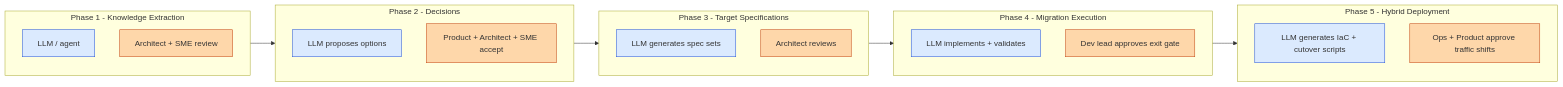
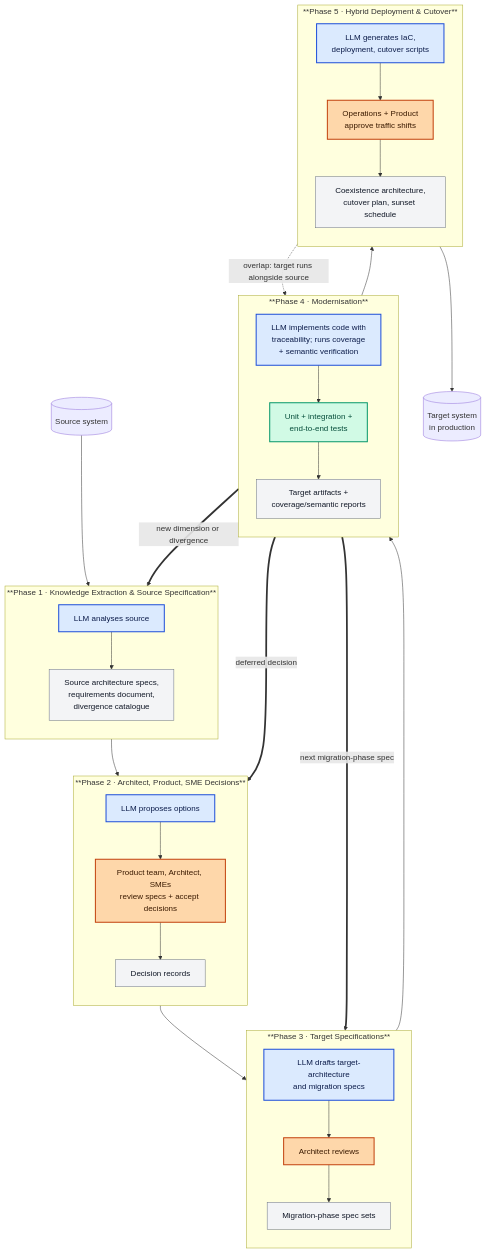
Before and after one commit to rd162/OSS_Migration: the first of 5 diagrams in docs/ai-assisted-migration-architecture.md, drawn with Mermaid. The commit also changed other lines of this file and 1 other file, not shown here.

First line of the commit message:
``` Draft ai-assisted-migration-architecture.md v0.9

````diff
--- a/docs/ai-assisted-migration-architecture.md
+++ b/docs/ai-assisted-migration-architecture.md
@@ -1539,26 +1571,53 @@
 ```mermaid
-flowchart LR
-    subgraph P1 [Phase 1 - Knowledge Extraction]
-      A1[LLM / agent]:::ai
-      B1[Architect + SME review]:::human
+---
+config:
+  flowchart:
+    htmlLabels: true
+---
+flowchart TB
+    Src[(Source system)]
+
+    subgraph P1 ["**Phase 1 · Knowledge Extraction & Source Specification**"]
+      direction TB
+      L1[LLM analyses source]:::ai --> O1[Source architecture specs,<br/>requirements document,<br/>divergence catalogue]:::art
     end
-    subgraph P2 [Phase 2 - Decisions]
-      A2[LLM proposes options]:::ai
-      B2[Product + Architect + SME accept]:::human
+
+    subgraph P2 ["**Phase 2 · Architect, Product, SME Decisions**"]
+      direction TB
+      L2[LLM proposes options]:::ai --> H2[Product team, Architect, SMEs<br/>review specs + accept decisions]:::human
+      H2 --> O2[Decision records]:::art
     end
-    subgraph P3 [Phase 3 - Target Specifications]
-      A3[LLM generates spec sets]:::ai
-      B3[Architect reviews]:::human
+
+    subgraph P3 ["**Phase 3 · Target Specifications**"]
+      direction TB
+      L3[LLM drafts target-architecture<br/>and migration specs]:::ai --> H3[Architect reviews]:::human
+      H3 --> O3[Migration-phase spec sets]:::art
     end
-    subgraph P4 [Phase 4 - Migration Execution]
-      A4[LLM implements + validates]:::ai
-      B4[Dev lead approves exit gate]:::human
+
+    subgraph P4 ["**Phase 4 · Modernisation**"]
+      direction TB
+      L4[LLM implements code with<br/>traceability; runs coverage<br/>+ semantic verification]:::ai --> V4[Unit + integration +<br/>end-to-end tests]:::valid
+      V4 --> O4[Target artifacts +<br/>coverage/semantic reports]:::art
     end
-    subgraph P5 [Phase 5 - Hybrid Deployment]
-      A5[LLM generates IaC + cutover scripts]:::ai
-      B5[Ops + Product approve traffic shifts]:::human
+
+    subgraph P5 ["**Phase 5 · Hybrid Deployment & Cutover**"]
+      direction TB
+      L5[LLM generates IaC,<br/>deployment, cutover scripts]:::ai --> H5[Operations + Product<br/>approve traffic shifts]:::human
+      H5 --> O5[Coexistence architecture,<br/>cutover plan, sunset schedule]:::art
     end
-    P1 --> P2 --> P3 --> P4 --> P5
-    classDef ai fill:#dbeafe,stroke:#1d4ed8;
-    classDef human fill:#fed7aa,stroke:#c2410c;
+
+    Tgt[(Target system<br/>in production)]
+
+    Src --> P1 --> P2 --> P3 --> P4 --> P5 --> Tgt
+
+    %% Mid-phase re-entries — phases are NOT strictly sequential
+    P4 == deferred decision ==> P2
+    P4 == next migration-phase spec ==> P3
+    P4 == new dimension or divergence ==> P1
+    P5 -. overlap: target runs alongside source .-> P4
+
+    classDef ai fill:#dbeafe,stroke:#1d4ed8,stroke-width:2px,color:#0c1c4a;
+    classDef human fill:#fed7aa,stroke:#c2410c,stroke-width:2px,color:#3a1a00;
+    classDef valid fill:#d1fae5,stroke:#059669,stroke-width:2px,color:#064e3b;
+    classDef art fill:#f3f4f6,stroke:#6b7280,stroke-width:1px,color:#111827;
 ```
````
